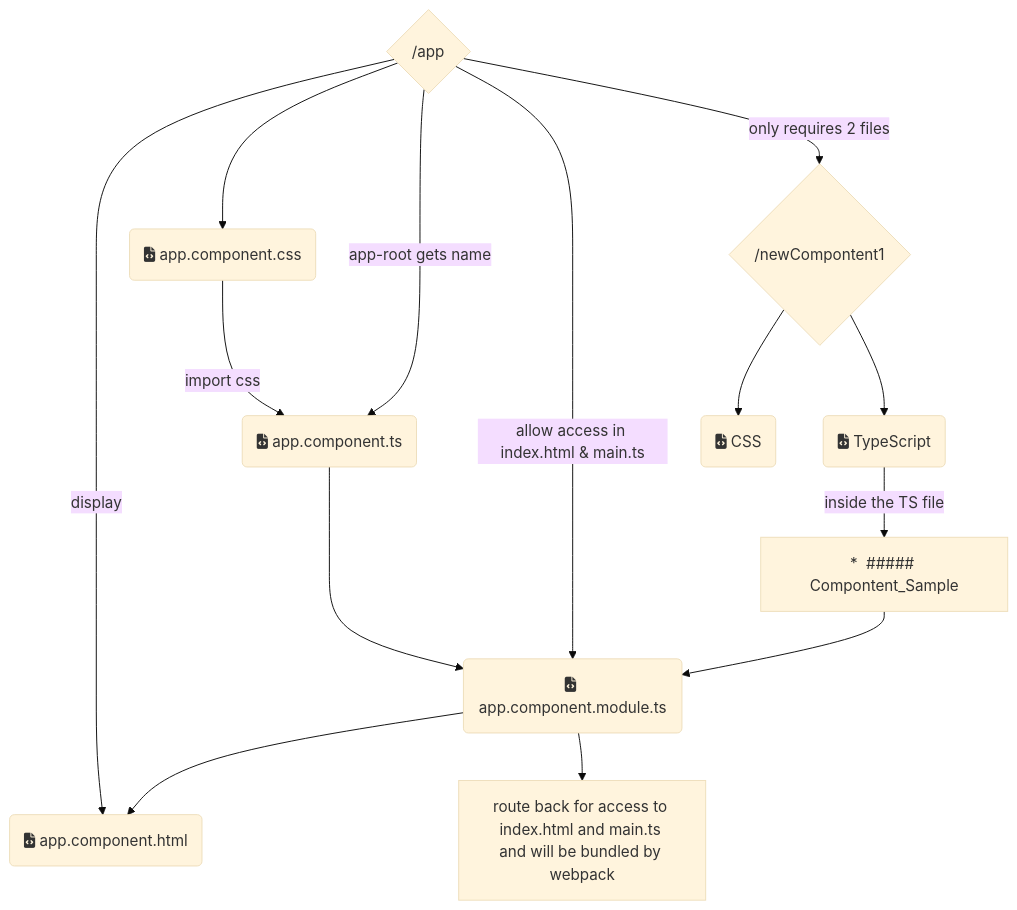
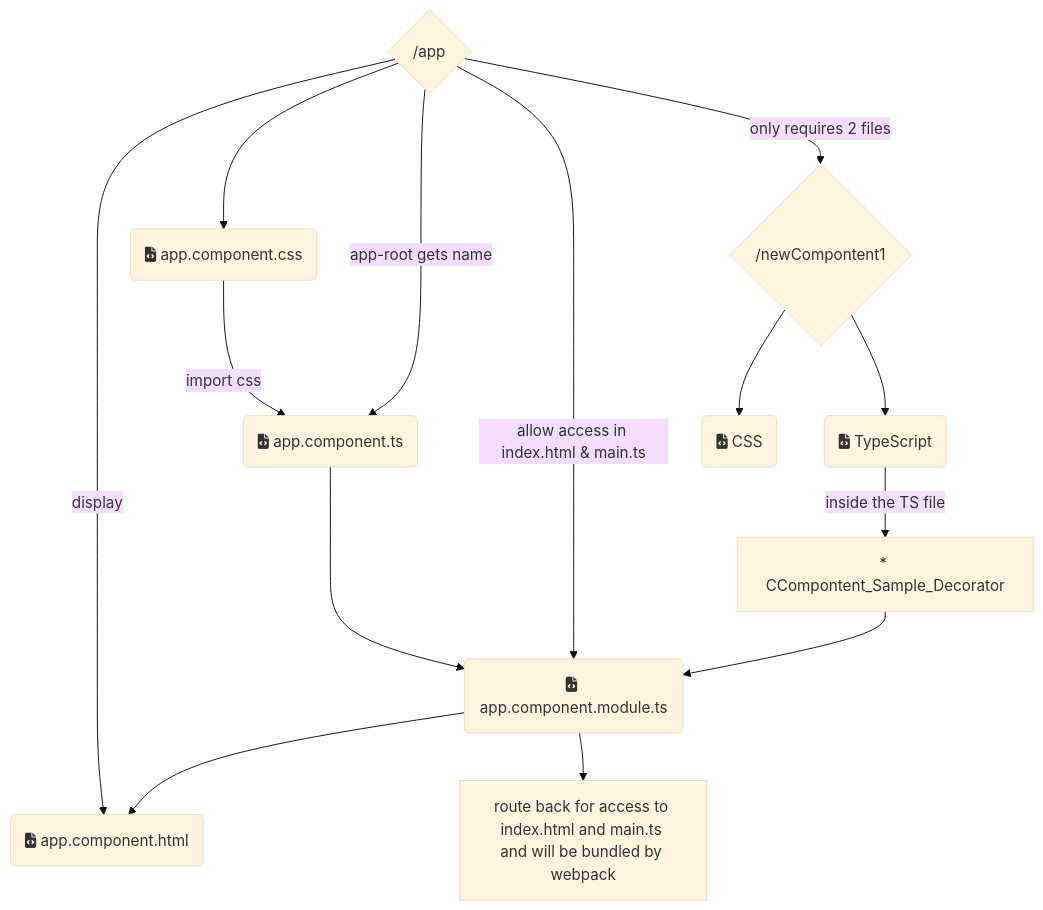
The second of 2 diagrams in README.md (listenToRipley/angular), drawn with Mermaid (base theme) before and after one commit. The commit also changed other lines of this file, not shown here.

Commit message:
move chart lower

````diff
--- a/README.md
+++ b/README.md
@@ -76,18 +120,18 @@
 ```mermaid
 flowchart TD
     A{/app}
     A -->|display| B(fa:fa-file-code app.component.html)
     A --> C(fa:fa-file-code app.component.css)
     A -->|app-root gets name| D(fa:fa-file-code app.component.ts)
     C --> |import css| D
     A -->|allow access in index.html & main.ts| E(fa:fa-file-code app.component.module.ts)
     D --> E
     A--> |only requires 2 files| F{/newCompontent1}
     E --> B
     F --> G(fa:fa-file-code CSS)
     F --> H(fa:fa-file-code TypeScript)
-    H --> |inside the TS file| I[*  ##### Compontent_Sample ]
+    H --> |inside the TS file| I[* CCompontent_Sample_Decorator ]
     I --> E
     E --> J[route back for access to index.html and main.ts and will be bundled by webpack]
  
 ```
````
